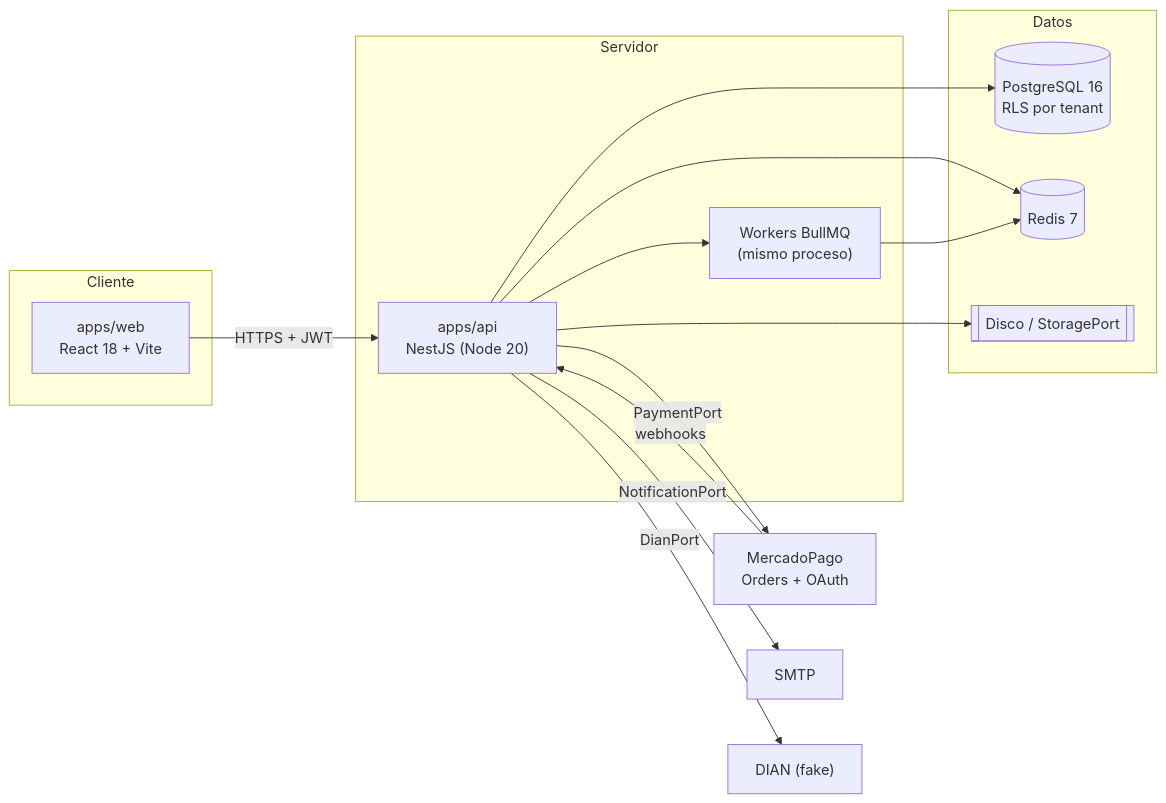
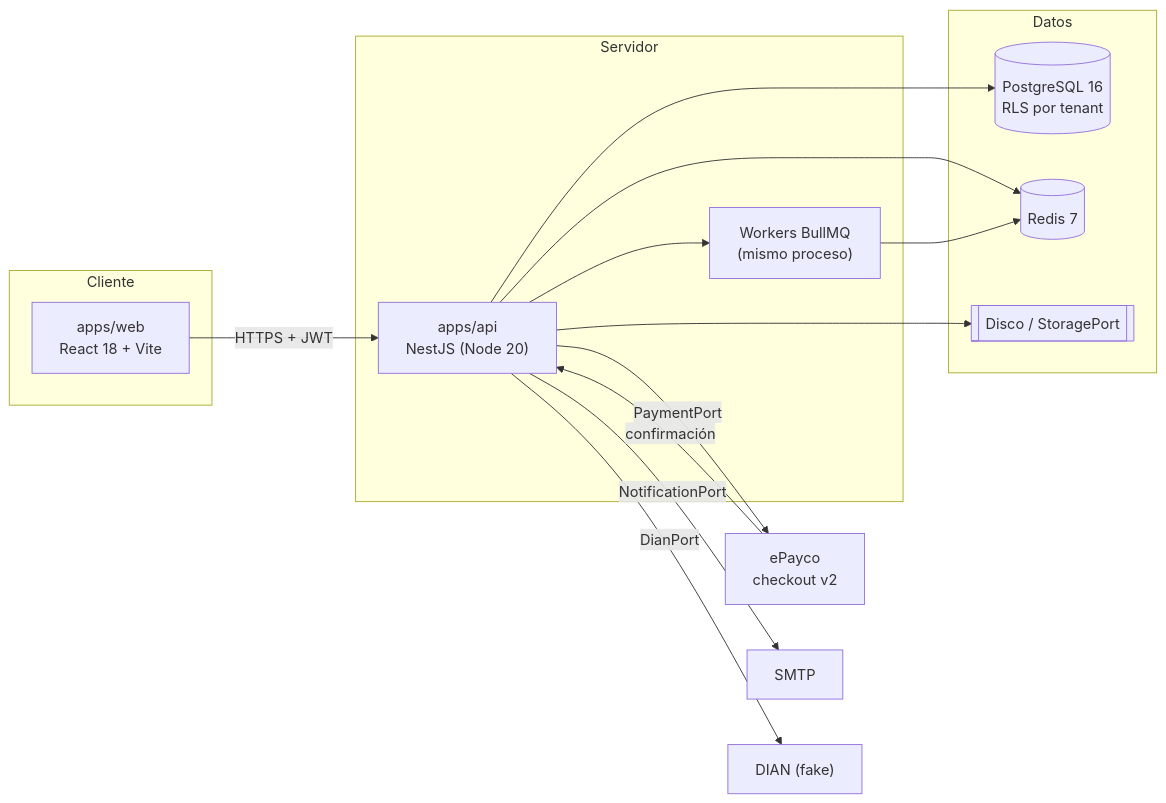
Before and after one commit to AGamez10/AdoptaFacil: the first of 3 diagrams in docs/ARQUITECTURA.md, drawn with Mermaid. The commit also changed other lines of this file and 83 other files, not shown here.

First line of the commit message:
feat(payments): retira mercado pago y elimina sus tokens guardados

````diff
--- a/docs/ARQUITECTURA.md
+++ b/docs/ARQUITECTURA.md
@@ -15,28 +15,28 @@
 ```mermaid
 flowchart LR
   subgraph Cliente
     WEB["apps/web<br/>React 18 + Vite"]
   end
   subgraph Servidor
     API["apps/api<br/>NestJS (Node 20)"]
     WORKERS["Workers BullMQ<br/>(mismo proceso)"]
   end
   subgraph Datos
     PG[("PostgreSQL 16<br/>RLS por tenant")]
     REDIS[("Redis 7")]
     DISK[["Disco / StoragePort"]]
   end
-  MP["MercadoPago<br/>Orders + OAuth"]
+  MP["ePayco<br/>checkout v2"]
   SMTP["SMTP"]
   DIAN["DIAN (fake)"]
   WEB -- "HTTPS + JWT" --> API
   API --> PG
   API --> REDIS
   WORKERS --> REDIS
   API --> WORKERS
   API --> DISK
   API -- "PaymentPort" --> MP
-  MP -- "webhooks" --> API
+  MP -- "confirmación" --> API
   API -- "NotificationPort" --> SMTP
   API -- "DianPort" --> DIAN
 ```
````
